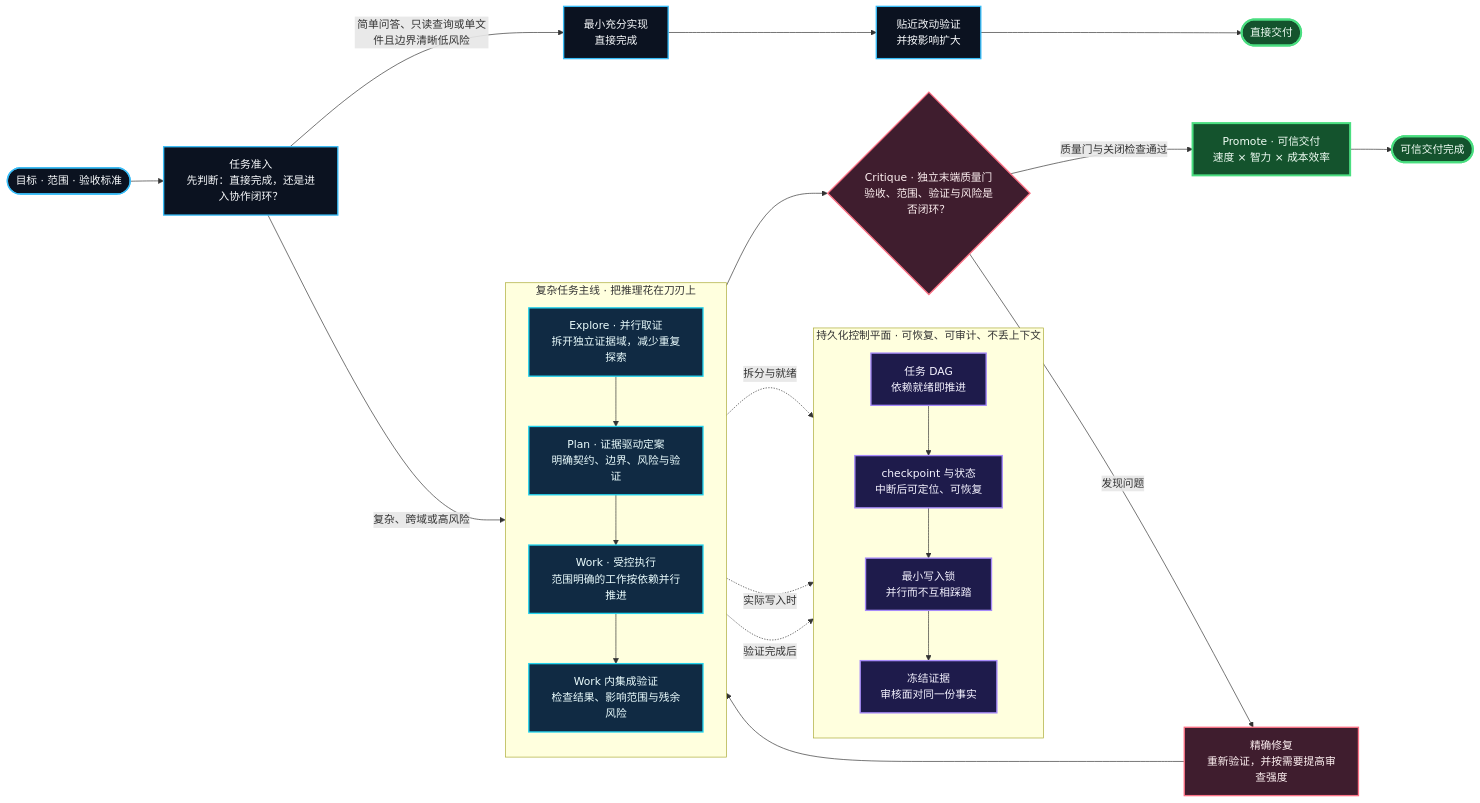
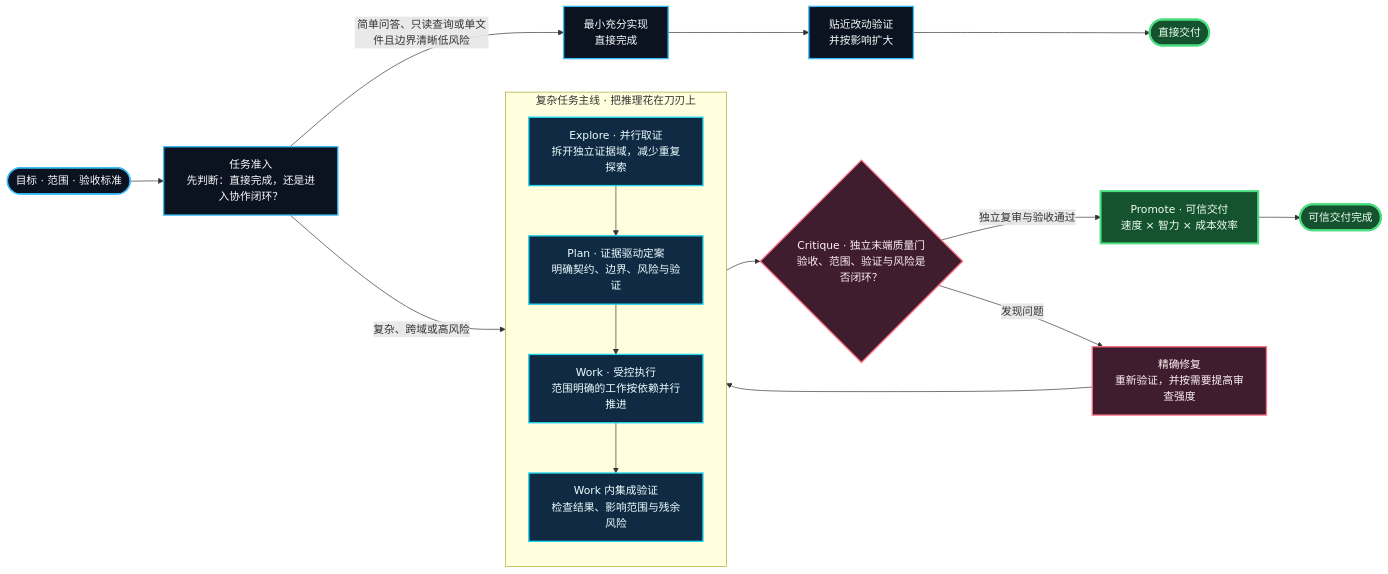
One commit to huanmin123/ai-vibecode-superpower changed the diagram in README.md. Above: the diagram before and after it, drawn with Mermaid. The commit also changed other lines of this file and 48 other files, not shown here.

````diff
--- a/README.md
+++ b/README.md
@@ -20,48 +20,33 @@
 ```mermaid
 flowchart LR
     USER(["目标 · 范围 · 验收标准"]) --> INTAKE["任务准入<br/>先判断：直接完成，还是进入协作闭环？"]
 
     INTAKE -->|"简单问答、只读查询或单文件且边界清晰低风险"| DIRECT["最小充分实现<br/>直接完成"]
     DIRECT --> LOCAL_VERIFY["贴近改动验证<br/>并按影响扩大"]
     LOCAL_VERIFY --> DIRECT_DELIVERY(["直接交付"])
     INTAKE -->|"复杂、跨域或高风险"| EXPLORE
 
     subgraph INTEL["复杂任务主线 · 把推理花在刀刃上"]
         direction TB
         EXPLORE["Explore · 并行取证<br/>拆开独立证据域，减少重复探索"]
         PLAN["Plan · 证据驱动定案<br/>明确契约、边界、风险与验证"]
         WORK["Work · 受控执行<br/>范围明确的工作按依赖并行推进"]
         VERIFY["Work 内集成验证<br/>检查结果、影响范围与残余风险"]
         EXPLORE --> PLAN --> WORK --> VERIFY
     end
 
-    subgraph CONTROL["持久化控制平面 · 可恢复、可审计、不丢上下文"]
-        direction TB
-        DAG["任务 DAG<br/>依赖就绪即推进"]
-        STATE["checkpoint 与状态<br/>中断后可定位、可恢复"]
-        LOCK["最小写入锁<br/>并行而不互相踩踏"]
-        EVIDENCE["冻结证据<br/>审核面对同一份事实"]
-        DAG --> STATE --> LOCK --> EVIDENCE
-    end
-
-    EXPLORE -.->|"拆分与就绪"| DAG
-    WORK -.->|"实际写入时"| LOCK
-    VERIFY -.->|"验证完成后"| EVIDENCE
-
     VERIFY --> CRITIQUE{"Critique · 独立末端质量门<br/>验收、范围、验证与风险是否闭环？"}
-    CRITIQUE -->|"质量门与关闭检查通过"| PROMOTE["Promote · 可信交付<br/>速度 × 智力 × 成本效率"]
+    CRITIQUE -->|"独立复审与验收通过"| PROMOTE["Promote · 可信交付<br/>速度 × 智力 × 成本效率"]
     PROMOTE --> DELIVERY(["可信交付完成"])
     CRITIQUE -->|"发现问题"| REPAIR["精确修复<br/>重新验证，并按需要提高审查强度"]
     REPAIR --> WORK
 
     classDef start fill:#0b1220,stroke:#38bdf8,color:#f8fafc,stroke-width:2px;
     classDef smart fill:#102a43,stroke:#22d3ee,color:#ecfeff,stroke-width:2px;
-    classDef control fill:#1e1b4b,stroke:#a78bfa,color:#f5f3ff,stroke-width:2px;
     classDef gate fill:#3f1d2e,stroke:#fb7185,color:#fff1f2,stroke-width:2px;
     classDef result fill:#14532d,stroke:#4ade80,color:#f0fdf4,stroke-width:3px;
     class USER,INTAKE,DIRECT,LOCAL_VERIFY start;
     class EXPLORE,PLAN,WORK,VERIFY smart;
-    class DAG,STATE,LOCK,EVIDENCE control;
     class CRITIQUE,REPAIR gate;
     class PROMOTE,DELIVERY,DIRECT_DELIVERY result;
 ```
````
